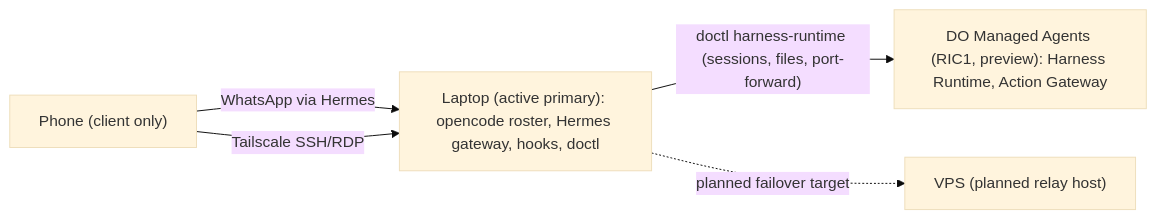
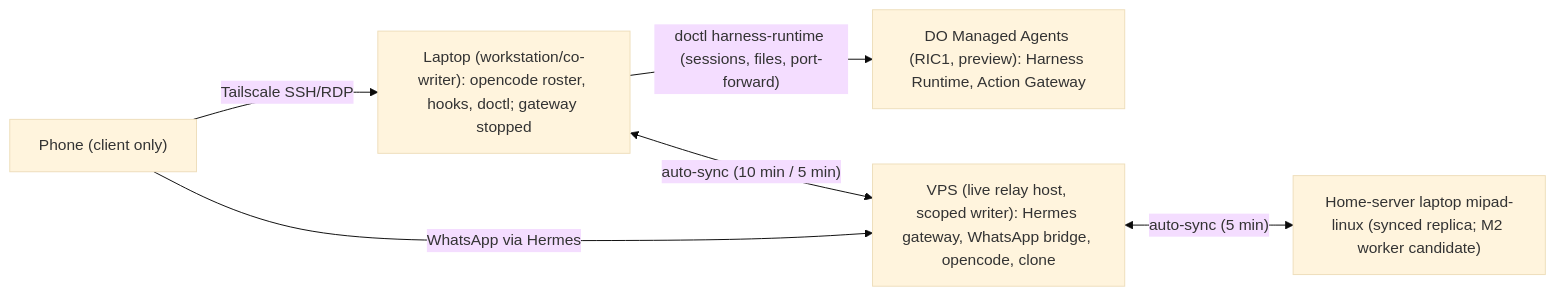
The diagram in internal-docs/HOSTS.md (naquuuu/naquuuu-personal-works), drawn with Mermaid (base theme) before and after one commit. The commit also changed other lines of this file and 4 other files, not shown here.

Commit message:
docs: M1 complete - relay on VPS (ADR-026), host topology + status refresh

````diff
--- a/internal-docs/HOSTS.md
+++ b/internal-docs/HOSTS.md
@@ -14,11 +14,13 @@
 ```mermaid
 flowchart LR
   P["Phone (client only)"]
-  L["Laptop (active primary): opencode roster, Hermes gateway, hooks, doctl"]
+  L["Laptop (workstation/co-writer): opencode roster, hooks, doctl; gateway stopped"]
   D["DO Managed Agents (RIC1, preview): Harness Runtime, Action Gateway"]
-  V["VPS (planned relay host)"]
-  P -->|"WhatsApp via Hermes"| L
+  V["VPS (live relay host, scoped writer): Hermes gateway, WhatsApp bridge, opencode, clone"]
+  H["Home-server laptop mipad-linux (synced replica; M2 worker candidate)"]
+  P -->|"WhatsApp via Hermes"| V
   P -->|"Tailscale SSH/RDP"| L
   L -->|"doctl harness-runtime (sessions, files, port-forward)"| D
-  L -.->|"planned failover target"| V
+  L <-->|"auto-sync (10 min / 5 min)"| V
+  V <-->|"auto-sync (5 min)"| H
 ```
````
